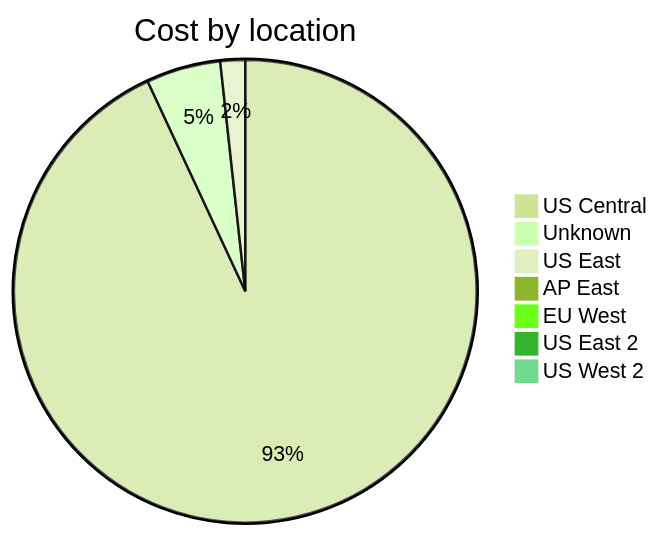
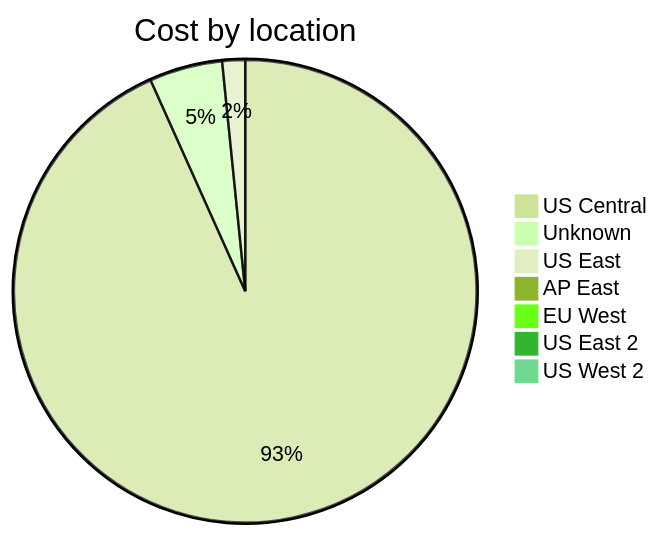
The third of 4 diagrams in cost-reports/accumulated-cost.md (jpfulton/azure-personal-reports), drawn with Mermaid (forest theme) before and after one commit. The commit also changed other lines of this file and 4 other files, not shown here.

````diff
--- a/cost-reports/accumulated-cost.md
+++ b/cost-reports/accumulated-cost.md
@@ -123,11 +123,11 @@
 ```mermaid
 pie
    title Cost by location
-   "US Central" : 2.15
-   "Unknown" : 0.12
-   "US East" : 0.04
+   "US Central" : 2.92
+   "Unknown" : 0.16
+   "US East" : 0.05
    "AP East" : 0.00
    "EU West" : 0.00
    "US East 2" : 0.00
    "US West 2" : 0.00
 ```
````
